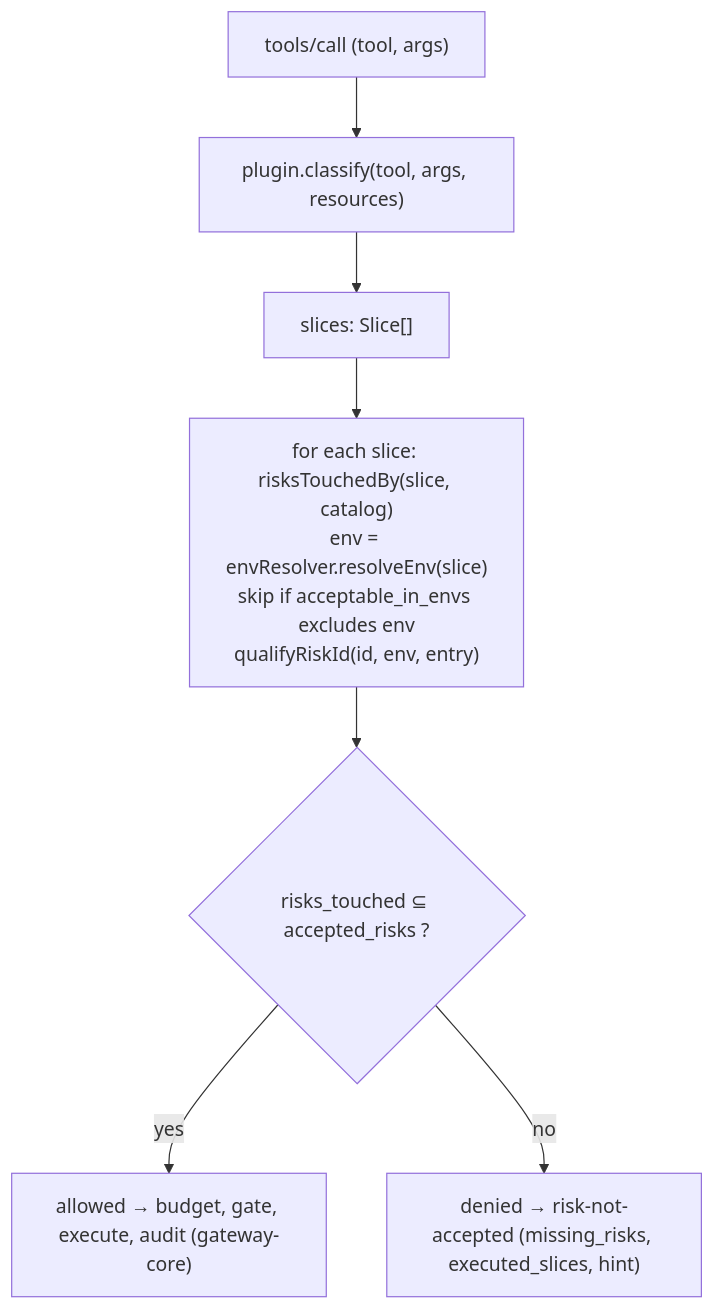
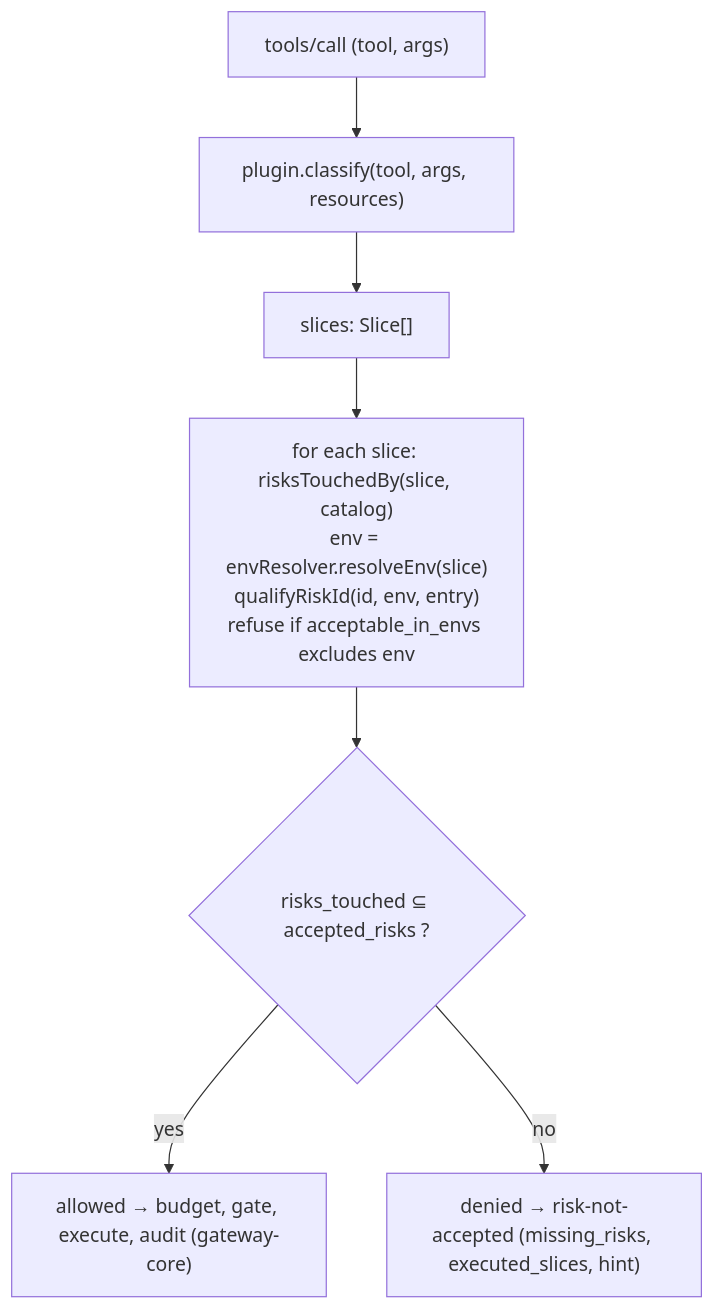
One commit to vaubaan/gateway changed the diagram in docs/handbook/policy-engine.md. Above: the diagram before and after it, drawn with Mermaid. The commit also changed other lines of this file and 33 other files, not shown here.

````diff
--- a/docs/handbook/policy-engine.md
+++ b/docs/handbook/policy-engine.md
@@ -74,9 +80,9 @@
 ```mermaid
 flowchart TD
   call["tools/call (tool, args)"] --> classify["plugin.classify(tool, args, resources)"]
   classify --> slices["slices: Slice[]"]
-  slices --> touched["for each slice: risksTouchedBy(slice, catalog)<br/>env = envResolver.resolveEnv(slice)<br/>skip if acceptable_in_envs excludes env<br/>qualifyRiskId(id, env, entry)"]
+  slices --> touched["for each slice: risksTouchedBy(slice, catalog)<br/>env = envResolver.resolveEnv(slice)<br/>qualifyRiskId(id, env, entry)<br/>refuse if acceptable_in_envs excludes env"]
   touched --> check{"risks_touched ⊆ accepted_risks ?"}
   check -->|"yes"| allow["allowed → budget, gate, execute, audit (gateway-core)"]
   check -->|"no"| deny["denied → risk-not-accepted (missing_risks, executed_slices, hint)"]
 ```
````
